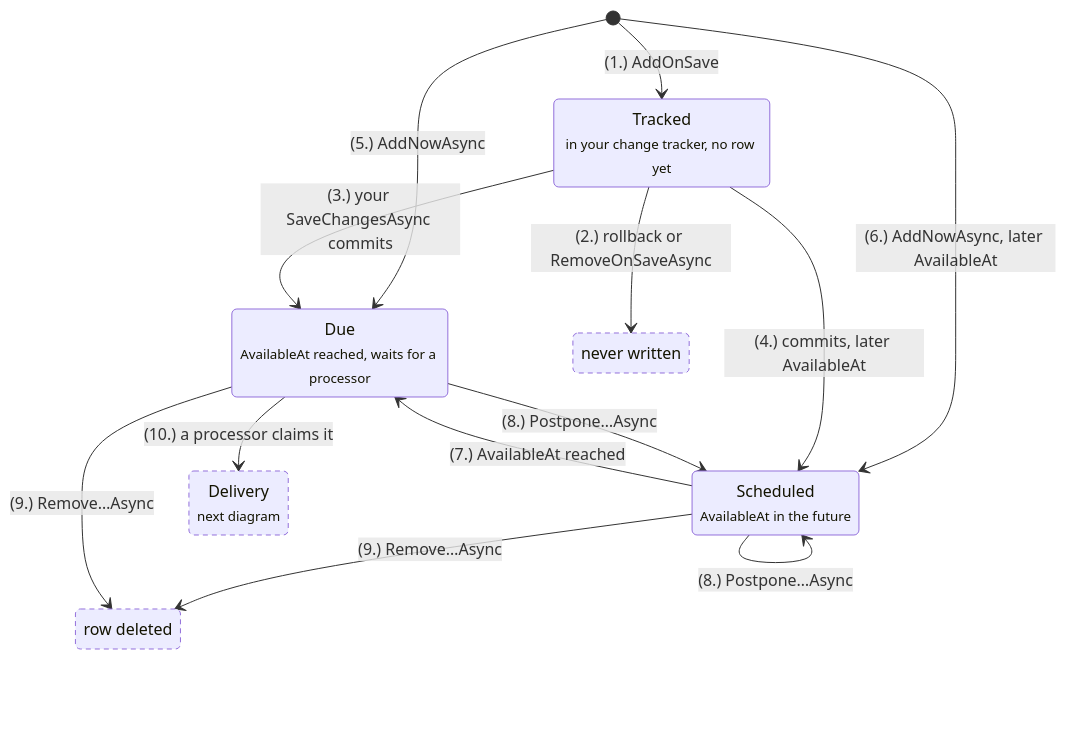
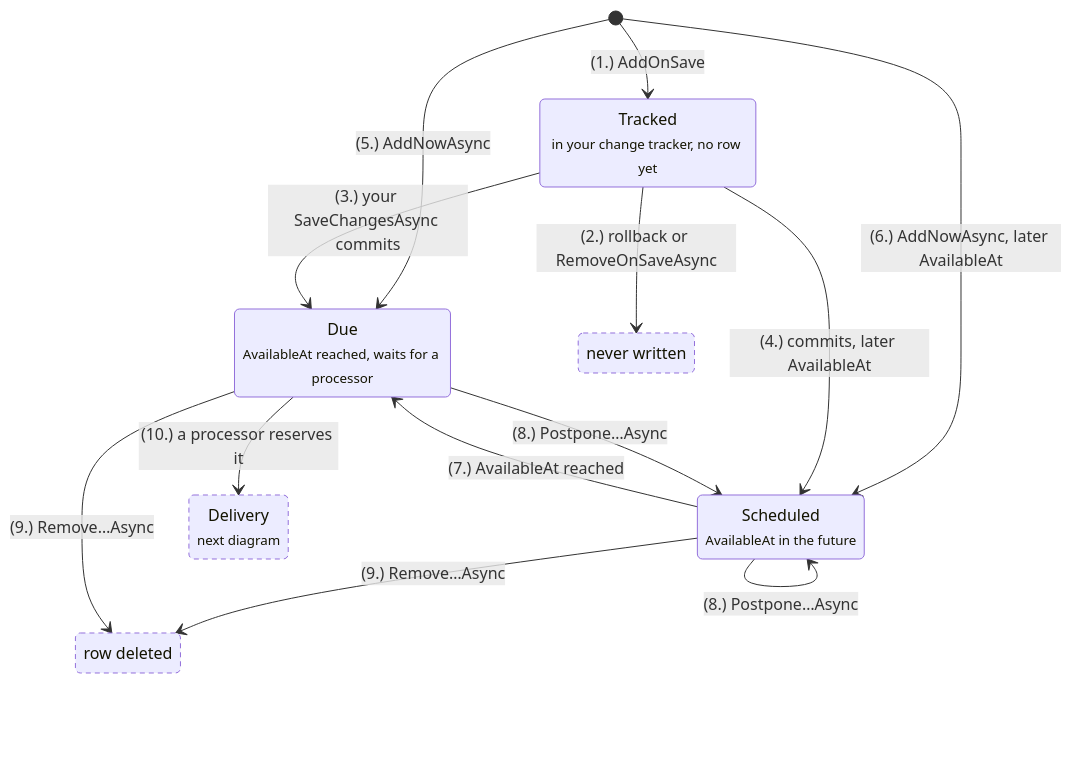
One commit to drozdik-m/domain-driven-design changed the first of 3 diagrams in src/MartinDrozdik.DDD.Web/OutboxDiagram.md. Above: the diagram before and after it, drawn with Mermaid. The commit also changed other lines of this file and 27 other files, not shown here.

````diff
--- a/src/MartinDrozdik.DDD.Web/OutboxDiagram.md
+++ b/src/MartinDrozdik.DDD.Web/OutboxDiagram.md
@@ -13,27 +13,27 @@
 ```mermaid
 stateDiagram-v2
     direction TB
 
     state "Tracked<br/><small>in your change tracker, no row yet</small>" as Tracked
     state "Scheduled<br/><small>AvailableAt in the future</small>" as Scheduled
     state "Due<br/><small>AvailableAt reached, waits for a processor</small>" as Due
     state "never written" as Discarded
     state "row deleted" as Removed
     state "Delivery<br/><small>next diagram</small>" as Delivery
 
     [*] --> Tracked : (1.) AddOnSave
     [*] --> Due : (5.) AddNowAsync
     [*] --> Scheduled : (6.) AddNowAsync, later AvailableAt
     Tracked --> Discarded : (2.) rollback or RemoveOnSaveAsync
     Tracked --> Due : (3.) your SaveChangesAsync commits
     Tracked --> Scheduled : (4.) commits, later AvailableAt
     Scheduled --> Due : (7.) AvailableAt reached
     Scheduled --> Scheduled : (8.) Postpone…Async
     Due --> Scheduled : (8.) Postpone…Async
     Scheduled --> Removed : (9.) Remove…Async
     Due --> Removed : (9.) Remove…Async
-    Due --> Delivery : (10.) a processor claims it
+    Due --> Delivery : (10.) a processor reserves it
 
     classDef gone stroke-dasharray:5 4
     class Discarded,Removed,Delivery gone
 ```
````
